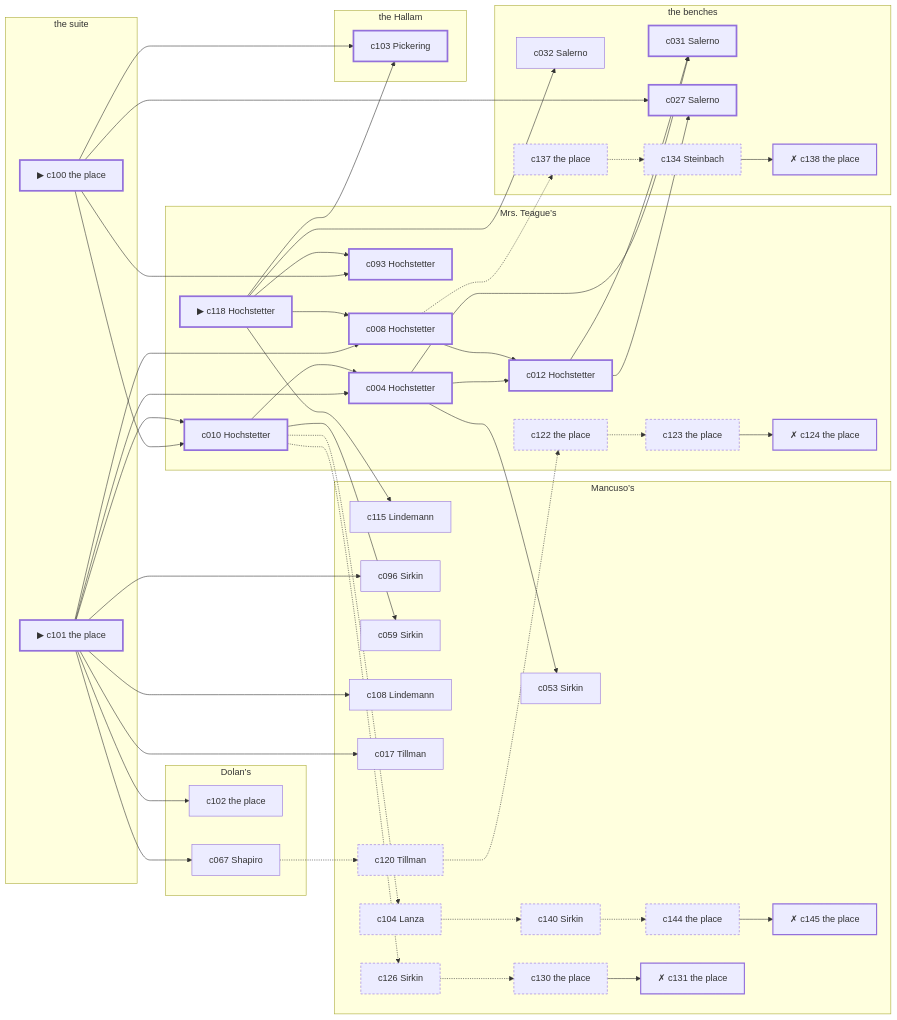
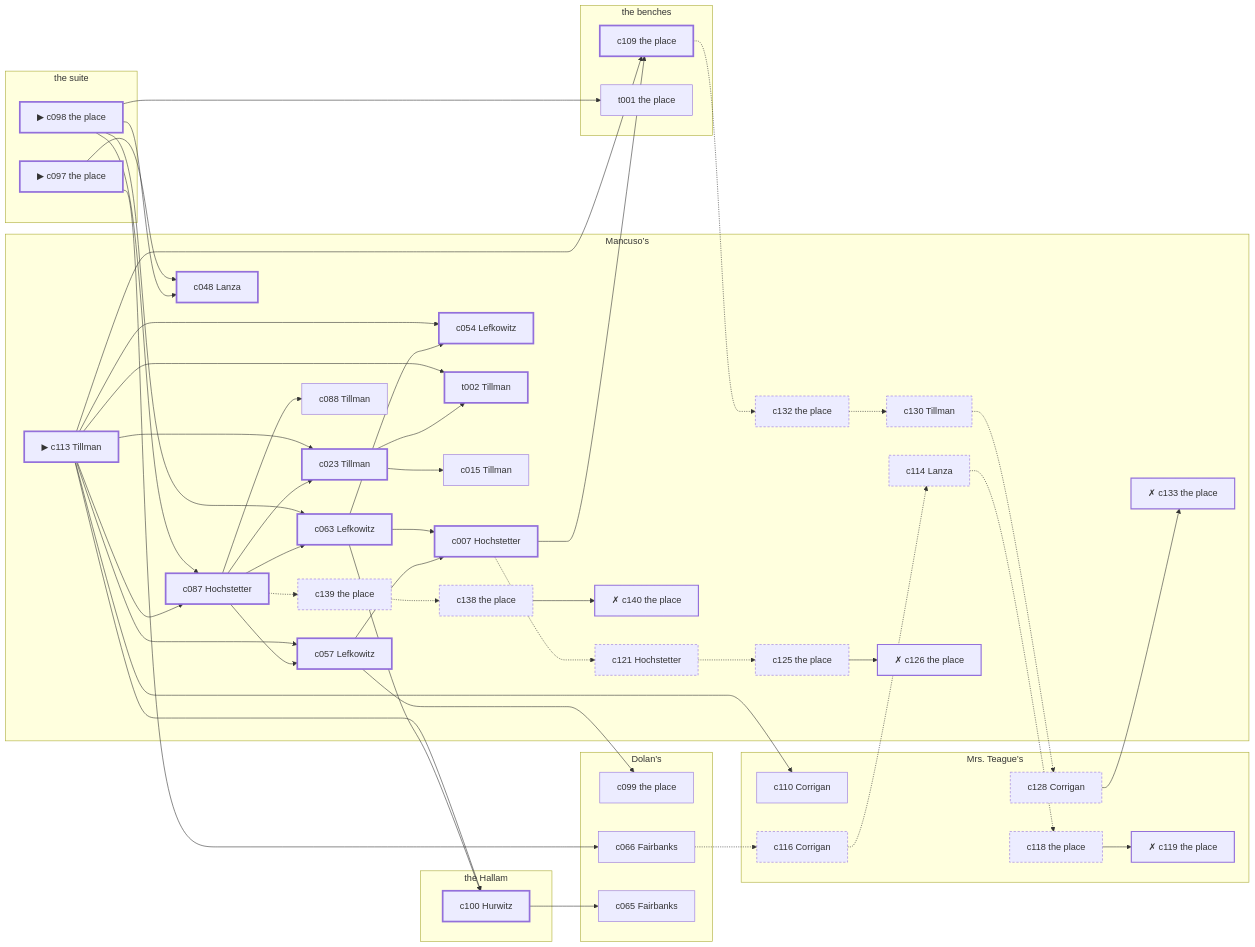
Before and after one commit to lyamshin/dashiell: the diagram in docs/samples/case-12.md, drawn with Mermaid. The commit also changed other lines of this file and 110 other files, not shown here.

````diff
--- a/docs/samples/case-12.md
+++ b/docs/samples/case-12.md
@@ -319,96 +725,98 @@
 ```mermaid
 graph LR
   subgraph P1["Mancuso’s"]
-    c115["c115 Lindemann"]
-    c096["c096 Sirkin"]
-    c059["c059 Sirkin"]
-    c053["c053 Sirkin"]
-    c108["c108 Lindemann"]
-    c017["c017 Tillman"]
-    c104["c104 Lanza"]
-    c140["c140 Sirkin"]
-    c144["c144 the place"]
-    c145["✗ c145 the place"]
-    c120["c120 Tillman"]
-    c126["c126 Sirkin"]
-    c130["c130 the place"]
-    c131["✗ c131 the place"]
+    c113["▶ c113 Tillman"]
+    c087["c087 Hochstetter"]
+    c063["c063 Lefkowitz"]
+    c048["c048 Lanza"]
+    c057["c057 Lefkowitz"]
+    c007["c007 Hochstetter"]
+    c023["c023 Tillman"]
+    c054["c054 Lefkowitz"]
+    t002["t002 Tillman"]
+    c088["c088 Tillman"]
+    c015["c015 Tillman"]
+    c114["c114 Lanza"]
+    c132["c132 the place"]
+    c130["c130 Tillman"]
+    c133["✗ c133 the place"]
+    c139["c139 the place"]
+    c138["c138 the place"]
+    c140["✗ c140 the place"]
+    c121["c121 Hochstetter"]
+    c125["c125 the place"]
+    c126["✗ c126 the place"]
   end
   subgraph P2["the suite"]
-    c100["▶ c100 the place"]
-    c101["▶ c101 the place"]
+    c097["▶ c097 the place"]
+    c098["▶ c098 the place"]
   end
   subgraph P3["Dolan’s"]
-    c102["c102 the place"]
-    c067["c067 Shapiro"]
+    c099["c099 the place"]
+    c066["c066 Fairbanks"]
+    c065["c065 Fairbanks"]
   end
   subgraph P4["the benches"]
-    c031["c031 Salerno"]
-    c027["c027 Salerno"]
-    c032["c032 Salerno"]
-    c137["c137 the place"]
-    c134["c134 Steinbach"]
-    c138["✗ c138 the place"]
+    c109["c109 the place"]
+    t001["t001 the place"]
   end
   subgraph P5["Mrs. Teague’s"]
-    c118["▶ c118 Hochstetter"]
-    c010["c010 Hochstetter"]
-    c004["c004 Hochstetter"]
-    c093["c093 Hochstetter"]
-    c008["c008 Hochstetter"]
-    c012["c012 Hochstetter"]
-    c122["c122 the place"]
-    c123["c123 the place"]
-    c124["✗ c124 the place"]
+    c110["c110 Corrigan"]
+    c116["c116 Corrigan"]
+    c118["c118 the place"]
+    c119["✗ c119 the place"]
+    c128["c128 Corrigan"]
   end
   subgraph P6["the Hallam"]
-    c103["c103 Pickering"]
+    c100["c100 Hurwitz"]
   end
-  c100 --> c010
-  c100 --> c093
-  c100 --> c027
-  c100 --> c103
-  c101 --> c010
-  c101 --> c004
-  c101 --> c008
-  c101 --> c102
-  c101 --> c096
-  c101 --> c067
-  c101 --> c108
-  c101 --> c017
-  c118 --> c093
-  c118 --> c008
-  c118 --> c103
-  c118 --> c115
-  c118 --> c032
-  c010 --> c004
-  c010 --> c059
-  c010 -.-> c104
-  c010 -.-> c126
-  c004 --> c012
-  c004 --> c031
-  c004 --> c053
-  c008 --> c012
-  c008 -.-> c137
-  c012 --> c031
-  c012 --> c027
-  c067 -.-> c120
-  c104 -.-> c140
-  c140 -.-> c144
-  c144 --> c145
-  c120 -.-> c122
-  c122 -.-> c123
-  c123 --> c124
-  c137 -.-> c134
-  c134 --> c138
-  c126 -.-> c130
-  c130 --> c131
+  c097 --> c048
+  c097 --> c066
+  c098 --> c087
+  c098 --> c063
+  c098 --> c048
+  c098 --> t001
+  c113 --> c087
+  c113 --> c057
+  c113 --> c023
+  c113 --> c054
+  c113 --> t002
+  c113 --> c100
+  c113 --> c109
+  c113 --> c110
+  c087 --> c063
+  c087 --> c057
+  c087 --> c023
+  c087 --> c088
+  c087 -.-> c139
+  c063 --> c007
+  c063 --> c054
+  c063 --> c100
+  c057 --> c007
+  c057 --> c099
+  c007 --> c109
+  c007 -.-> c121
+  c023 --> t002
+  c023 --> c015
+  c100 --> c065
+  c109 -.-> c132
+  c066 -.-> c116
+  c116 -.-> c114
+  c114 -.-> c118
+  c118 --> c119
+  c132 -.-> c130
+  c130 -.-> c128
+  c128 --> c133
+  c139 -.-> c138
+  c138 --> c140
+  c121 -.-> c125
+  c125 --> c126
   classDef spine stroke-width:3px;
   classDef corrob stroke-width:1px;
   classDef noise stroke-dasharray: 4 3;
   classDef disq stroke-width:2px,stroke-dasharray: 1 0;
-  class c100,c101,c118,c010,c004,c093,c008,c012,c031,c027,c103 spine;
-  class c102,c115,c096,c067,c059,c053,c108,c017,c032 corrob;
-  class c104,c140,c144,c120,c122,c123,c137,c134,c126,c130 noise;
-  class c145,c124,c138,c131 disq;
+  class c097,c098,c113,c087,c063,c048,c057,c007,c023,c054,t002,c100,c109 spine;
+  class c099,c110,c066,t001,c088,c065,c015 corrob;
+  class c116,c114,c118,c132,c130,c128,c139,c138,c121,c125 noise;
+  class c119,c133,c140,c126 disq;
 ```
````
